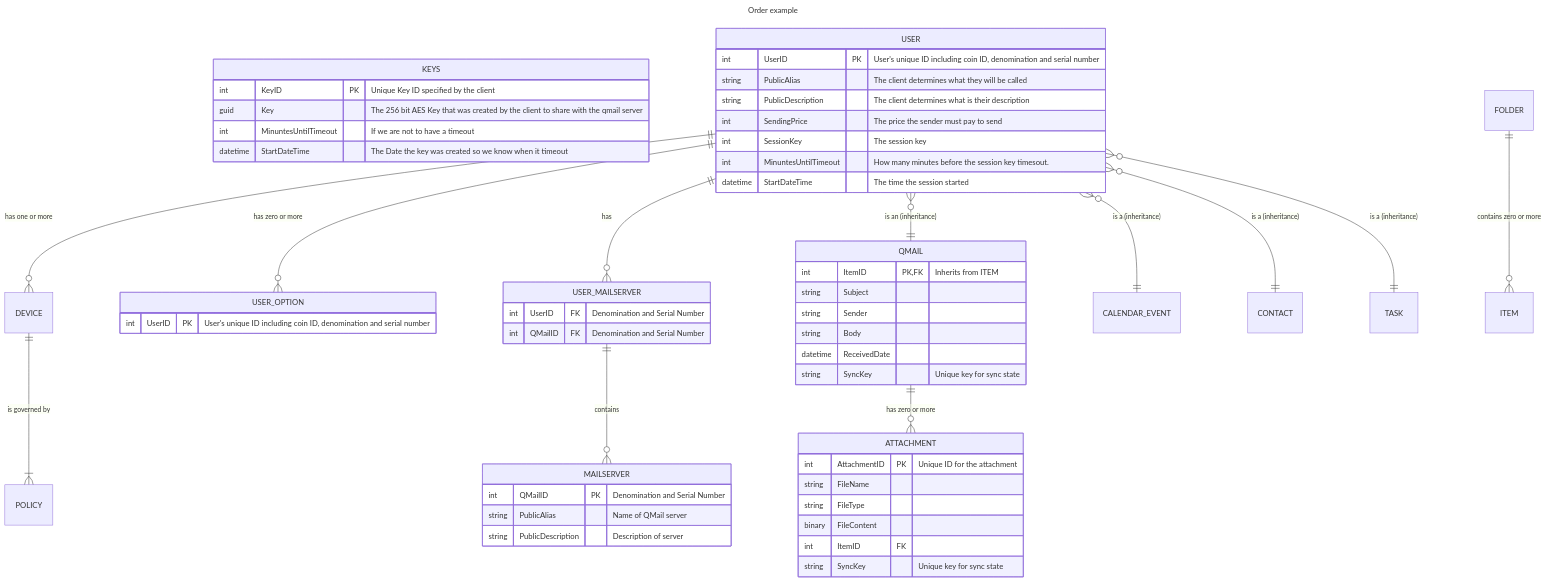
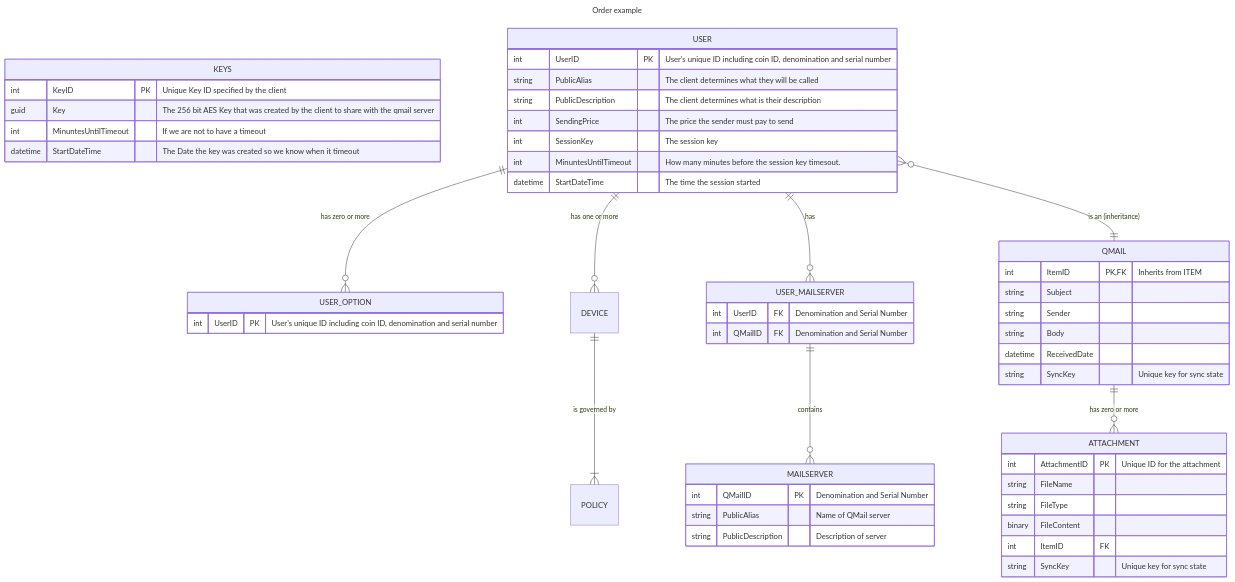
The first of 2 diagrams in Ideas In Progress/QMAIL/erd.md (worthingtonse/client-prompts), drawn with Mermaid before and after one commit.

````diff
--- a/Ideas In Progress/QMAIL/erd.md
+++ b/Ideas In Progress/QMAIL/erd.md
@@ -2,73 +2,69 @@
 ```mermaid
 ---
 title: Order example
 ---
 erDiagram
 
     KEYS {
         int KeyID PK "Unique Key ID specified by the client"
         guid Key  "The 256 bit AES Key that was created by the client to share with the qmail server"
         int MinuntesUntilTimeout "If we are not to have a timeout"
         datetime StartDateTime "The Date the key was created so we know when it timeout"
     }
 
     USER {
         int UserID PK "User's unique ID including coin ID, denomination and serial number"
         string PublicAlias "The client determines what they will be called"
         string PublicDescription "The client determines what is their description"
         int SendingPrice "The price the sender must pay to send"
         int SessionKey "The session key"
         int MinuntesUntilTimeout "How many minutes before the session key timesout."
         datetime StartDateTime "The time the session started"
     }
 
 
     USER_OPTION {
         int UserID PK "User's unique ID including coin ID, denomination and serial number"
 
     }
 
     USER_MAILSERVER {
         int UserID FK "Denomination and Serial Number"
         int QMailID FK "Denomination and Serial Number"
     }
 
     MAILSERVER {
         int QMailID PK "Denomination and Serial Number"
         string PublicAlias "Name of QMail server"
         string PublicDescription "Description of server"
     }
 
 
     QMAIL {
         int ItemID PK, FK "Inherits from ITEM"
         string Subject
         string Sender
         string Body
         datetime ReceivedDate
         string SyncKey "Unique key for sync state"
     }
 
     ATTACHMENT {
         int AttachmentID PK "Unique ID for the attachment"
         string FileName
         string FileType
         binary FileContent
         int ItemID FK
         string SyncKey "Unique key for sync state"
     }
 
     USER ||--o{ DEVICE : "has one or more"
     USER ||--o{ USER_OPTION : "has zero or more"
     USER ||--o{ USER_MAILSERVER : "has"
     USER_MAILSERVER ||--o{ MAILSERVER : "contains"
     DEVICE ||--|{ POLICY : "is governed by"
-    FOLDER ||--o{ ITEM : "contains zero or more"
     USER }o--|| QMAIL : "is an (inheritance)"
-    USER }o--|| CALENDAR_EVENT : "is a (inheritance)"
-    USER }o--|| CONTACT : "is a (inheritance)"
-    USER }o--|| TASK : "is a (inheritance)"
     QMAIL ||--o{ ATTACHMENT : "has zero or more"
 
 
 ```
````
